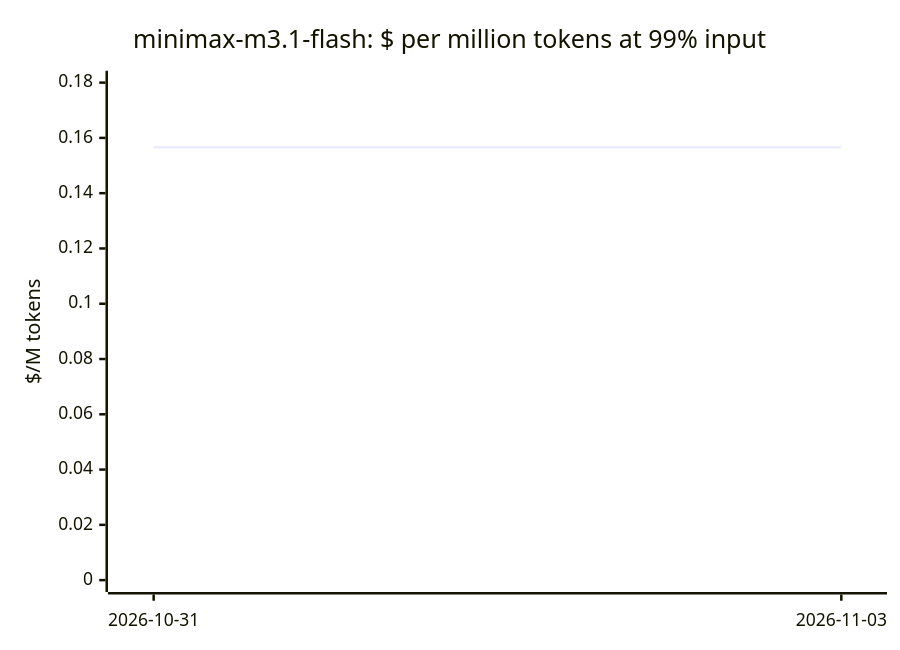
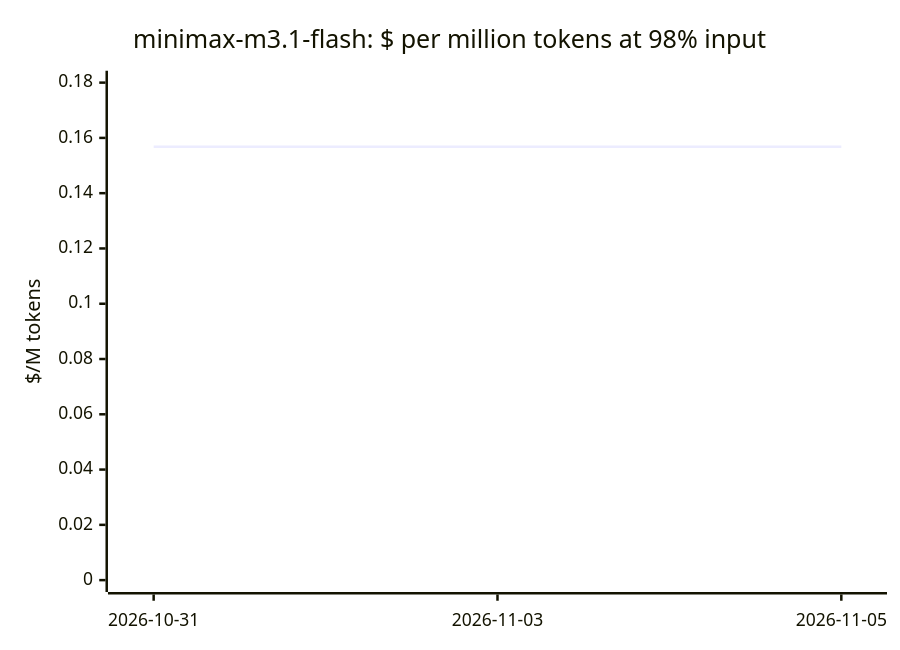
Before and after one commit to cklukas/OMEGA_TRANSFORM: the tenth of 20 diagrams in docs/openrouter-models.md, drawn with Mermaid. The commit also changed other lines of this file and 291 other files, not shown here.

````diff
--- a/docs/openrouter-models.md
+++ b/docs/openrouter-models.md
@@ -220,7 +223,7 @@
 ```mermaid
 xychart-beta
-    title "minimax-m3.1-flash: $ per million tokens at 99% input"
-    x-axis ["2026-10-31", "2026-11-03"]
+    title "minimax-m3.1-flash: $ per million tokens at 98% input"
+    x-axis ["2026-10-31", "2026-11-03", "2026-11-05"]
     y-axis "$/M tokens" 0 --> 0.18
-    line [0.1566, 0.1566]
+    line [0.1568, 0.1568, 0.1568]
 ```
````
